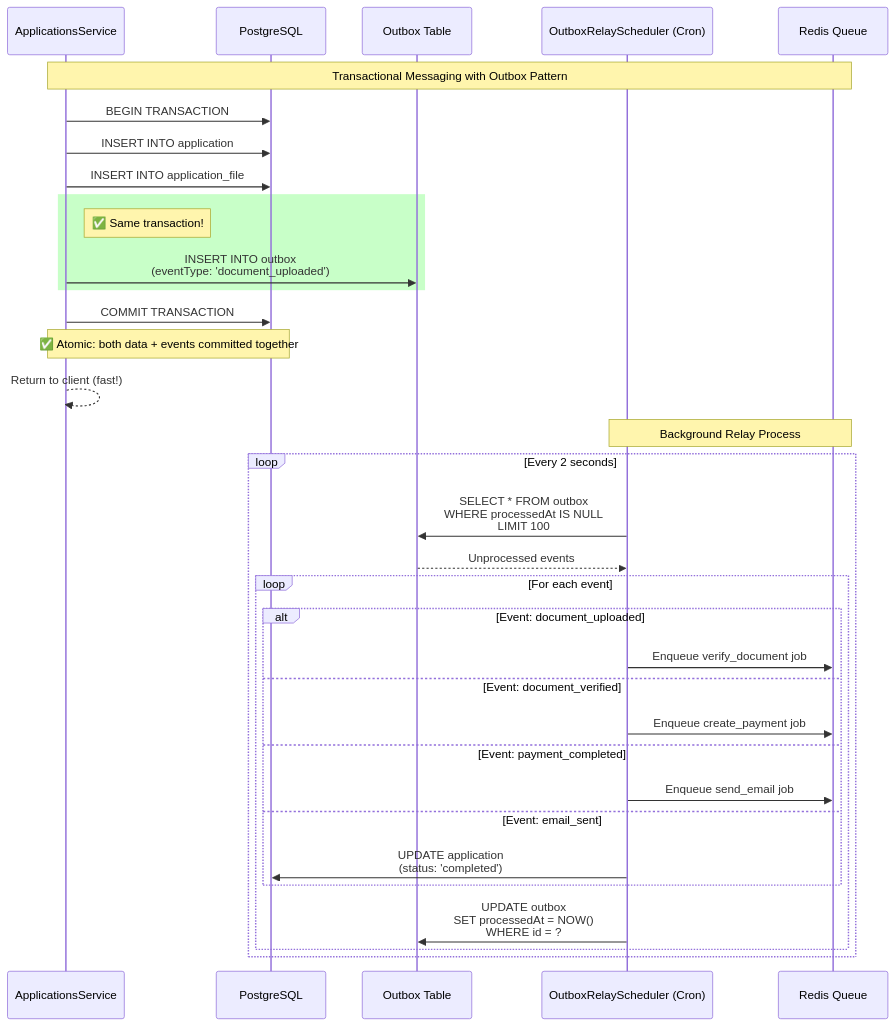
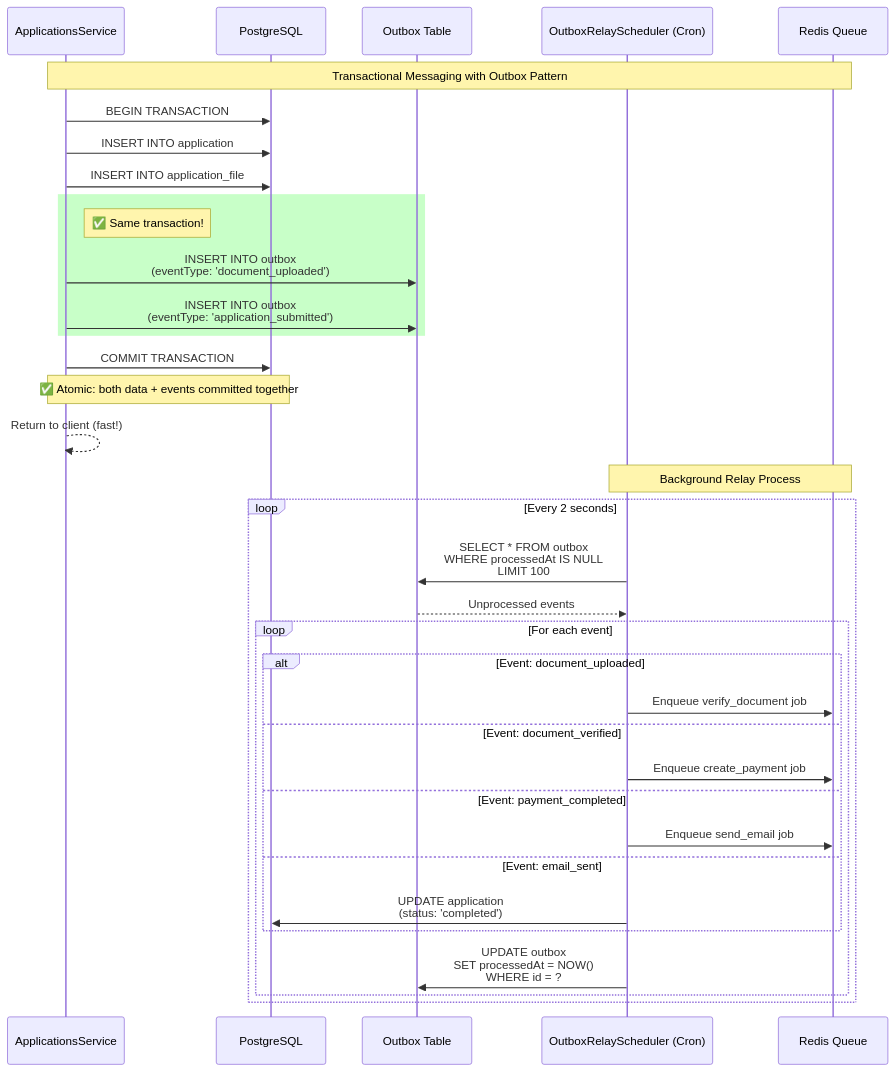
The sixth of 11 diagrams in backend/docs/SYSTEM_FLOW_AFTER_PATTERNS.md (huytu0702/university_admission_portal), drawn with Mermaid before and after one commit. The commit also changed other lines of this file, not shown here.

````diff
--- a/backend/docs/SYSTEM_FLOW_AFTER_PATTERNS.md
+++ b/backend/docs/SYSTEM_FLOW_AFTER_PATTERNS.md
@@ -266,45 +671,46 @@
 ```mermaid
 sequenceDiagram
     participant Service as ApplicationsService
     participant DB as PostgreSQL
     participant OutboxTable as Outbox Table
     participant Scheduler as OutboxRelayScheduler (Cron)
     participant Queue as Redis Queue
     
     Note over Service,Queue: Transactional Messaging with Outbox Pattern
     
     Service->>DB: BEGIN TRANSACTION
     Service->>DB: INSERT INTO application
     Service->>DB: INSERT INTO application_file
     
     rect rgb(200, 255, 200)
     Note right of Service: ✅ Same transaction!
     Service->>OutboxTable: INSERT INTO outbox<br/>(eventType: 'document_uploaded')
+    Service->>OutboxTable: INSERT INTO outbox<br/>(eventType: 'application_submitted')
     end
     
     Service->>DB: COMMIT TRANSACTION
     Note over Service,DB: ✅ Atomic: both data + events committed together
     
     Service-->>Service: Return to client (fast!)
     
     Note over Scheduler,Queue: Background Relay Process
     
     loop Every 2 seconds
         Scheduler->>OutboxTable: SELECT * FROM outbox<br/>WHERE processedAt IS NULL<br/>LIMIT 100
         OutboxTable-->>Scheduler: Unprocessed events
         
         loop For each event
             alt Event: document_uploaded
                 Scheduler->>Queue: Enqueue verify_document job
             else Event: document_verified
                 Scheduler->>Queue: Enqueue create_payment job
             else Event: payment_completed
                 Scheduler->>Queue: Enqueue send_email job
             else Event: email_sent
                 Scheduler->>DB: UPDATE application<br/>(status: 'completed')
             end
             
             Scheduler->>OutboxTable: UPDATE outbox<br/>SET processedAt = NOW()<br/>WHERE id = ?
         end
     end
 ```
````
